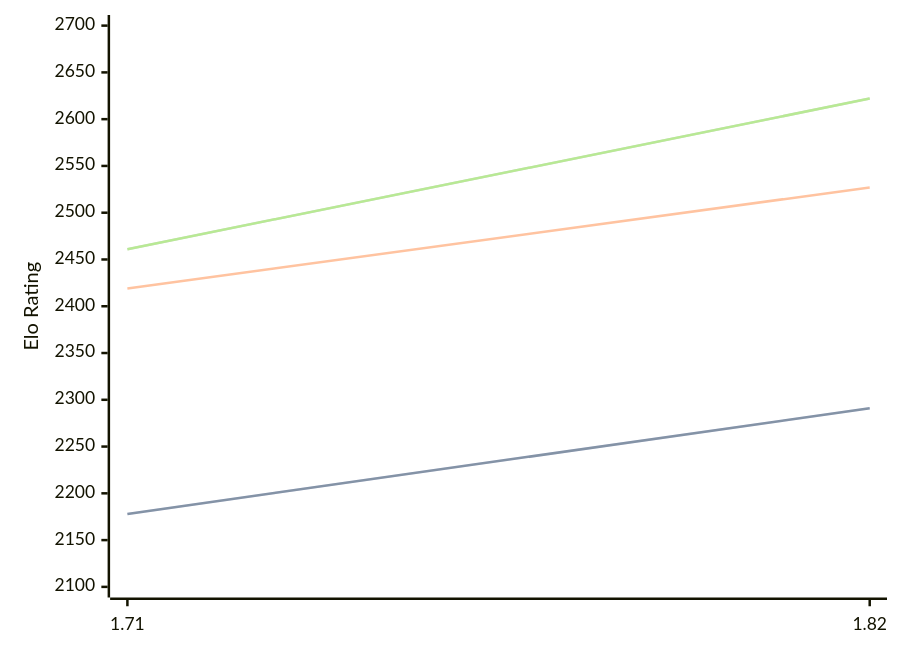
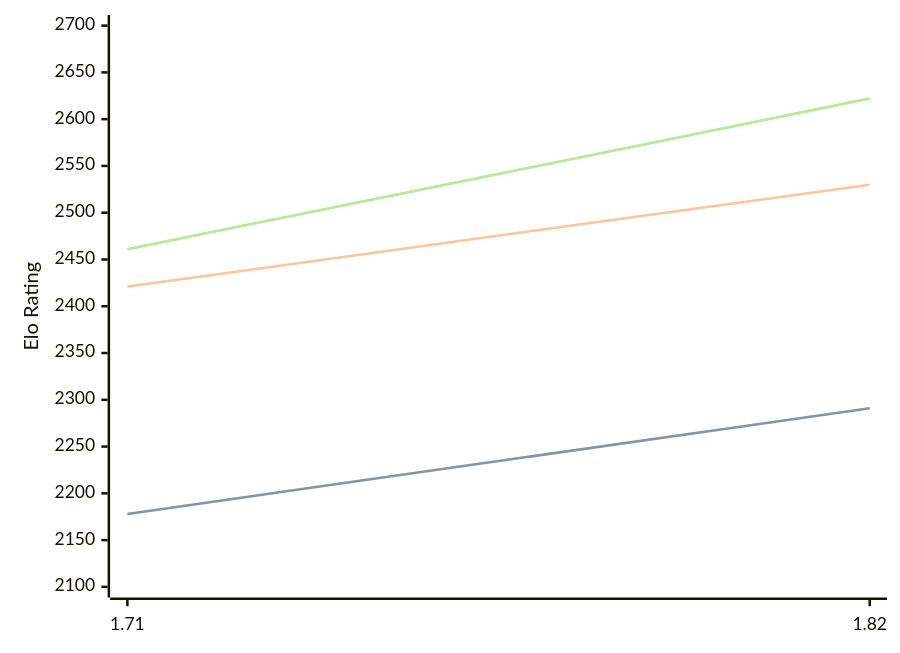
Before and after one commit to computer-chess-index/cci: the third of 3 diagrams in engines/Amira.md, drawn with Mermaid. The commit also changed other lines of this file, not shown here.

````diff
--- a/engines/Amira.md
+++ b/engines/Amira.md
@@ -68,11 +68,11 @@
 ```mermaid
 %%{init: {"theme":"base","themeVariables":{"seriesColors:['#a3a3a3','#222221','#faa371']}}}%%
 xychart-beta
   x-axis ["1.71", "1.82"]
   y-axis "Elo Rating" 2100 --> 2700
   line "STC (8.0+0.08s)" [2178, 2291]
   line "STC (8.0+0.08s)" [2178, 2291]
-  line "LTC (60.0+0.60s)" [2419, 2527]
+  line "LTC (60.0+0.60s)" [2421, 2530]
   line "VLTC (2m24s+1.12s)" [2461, 2622]
   line "VLTC (2m24s+1.12s)" [2461, 2622]
 ```
````
